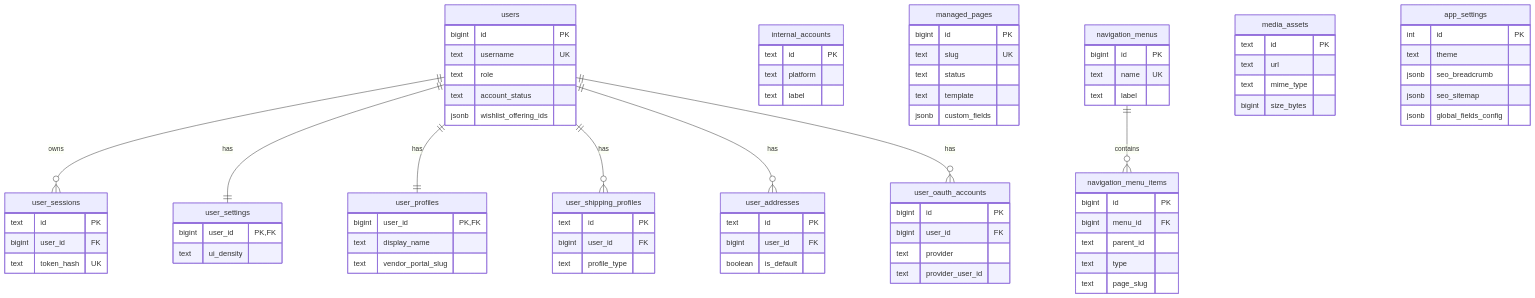
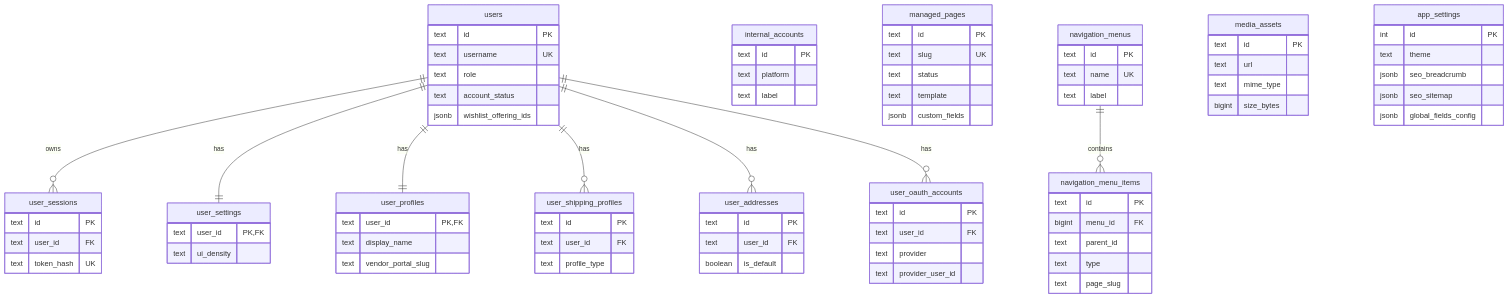
Before and after one commit to hoangpham2263/pinklove: the fifth of 8 diagrams in docs/schema.md, drawn with Mermaid. The commit also changed other lines of this file and 56 other files, not shown here.

````diff
--- a/docs/schema.md
+++ b/docs/schema.md
@@ -413,7 +462,7 @@
 ```mermaid
 erDiagram
   users {
-    bigint id PK
+    text id PK
     text username UK
     text role
     text account_status
@@ -422,36 +471,36 @@
 
   user_sessions {
     text id PK
-    bigint user_id FK
+    text user_id FK
     text token_hash UK
   }
 
   user_settings {
-    bigint user_id PK, FK
+    text user_id PK, FK
     text ui_density
   }
 
   user_profiles {
-    bigint user_id PK, FK
+    text user_id PK, FK
     text display_name
     text vendor_portal_slug
   }
 
   user_shipping_profiles {
     text id PK
-    bigint user_id FK
+    text user_id FK
     text profile_type
   }
 
   user_addresses {
     text id PK
-    bigint user_id FK
+    text user_id FK
     boolean is_default
   }
 
   user_oauth_accounts {
-    bigint id PK
-    bigint user_id FK
+    text id PK
+    text user_id FK
     text provider
     text provider_user_id
   }
@@ -463,7 +512,7 @@
   }
 
   managed_pages {
-    bigint id PK
+    text id PK
     text slug UK
     text status
     text template
@@ -471,13 +520,13 @@
   }
 
   navigation_menus {
-    bigint id PK
+    text id PK
     text name UK
     text label
   }
 
   navigation_menu_items {
-    bigint id PK
+    text id PK
     bigint menu_id FK
     text parent_id
     text type
````
